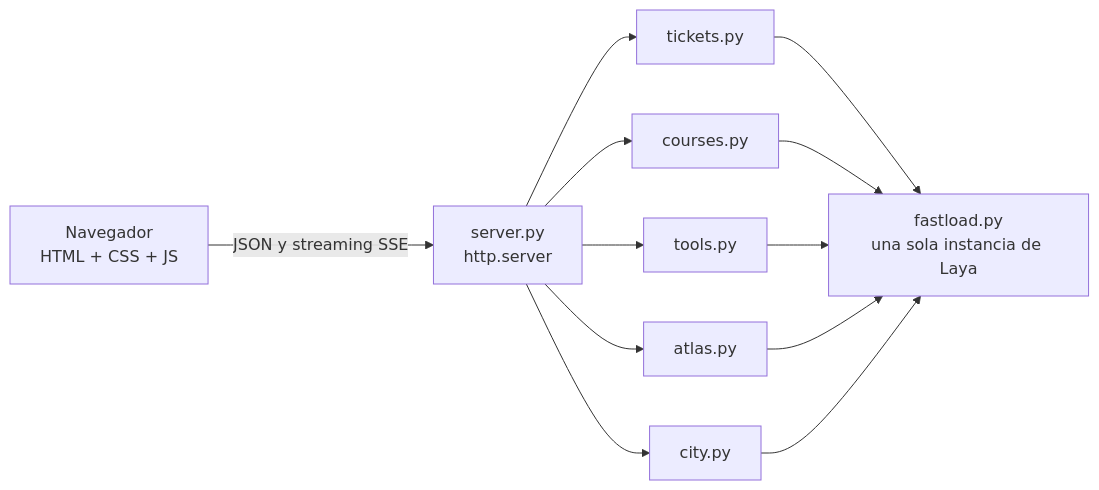
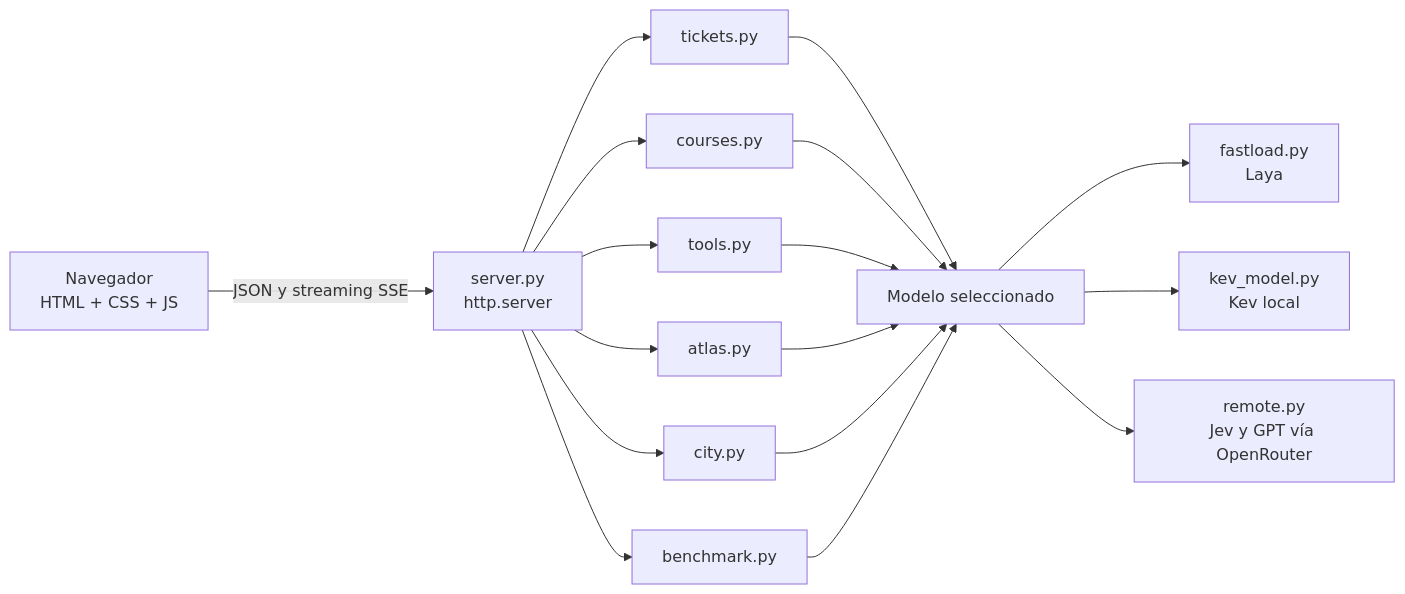
One commit to zamax14/Laya-Showcase changed the diagram in README.md. Above: the diagram before and after it, drawn with Mermaid. The commit also changed other lines of this file, not shown here.

Commit message:
docs: se documentan los modelos por OpenRouter, el benchmark medido, la política de GPU y el ajuste fino

````diff
--- a/README.md
+++ b/README.md
@@ -198,10 +292,14 @@
 ```mermaid
 flowchart LR
     B["Navegador<br/>HTML + CSS + JS"] -- "JSON y streaming SSE" --> S["server.py<br/>http.server"]
     S --> T["tickets.py"]
     S --> R["courses.py"]
     S --> H["tools.py"]
     S --> A["atlas.py"]
     S --> C["city.py"]
-    T & R & H & A & C --> M["fastload.py<br/>una sola instancia de Laya"]
+    T & R & H & A & C --> M["Modelo seleccionado"]
+    M --> L["fastload.py<br/>Laya"]
+    M --> K["kev_model.py<br/>Kev local"]
+    M --> O["remote.py<br/>Jev y GPT vía OpenRouter"]
+    S --> BM["benchmark.py"] --> M
 ```
````
